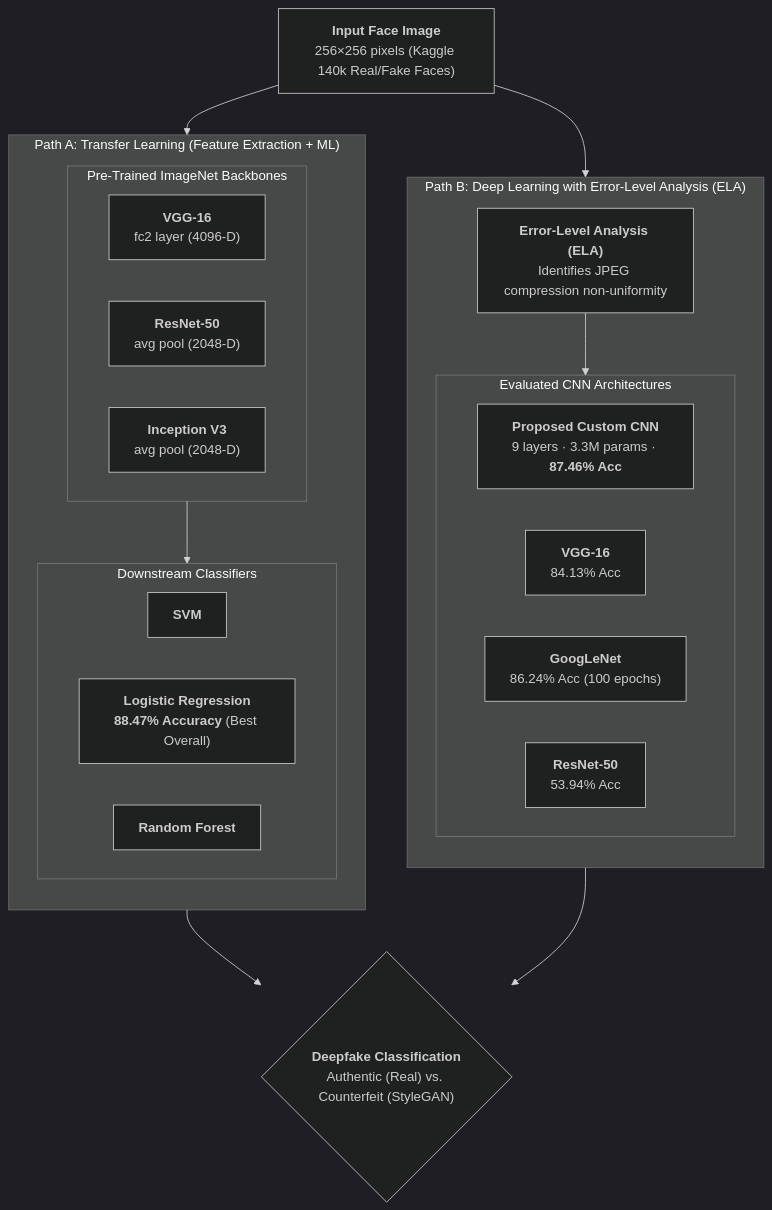
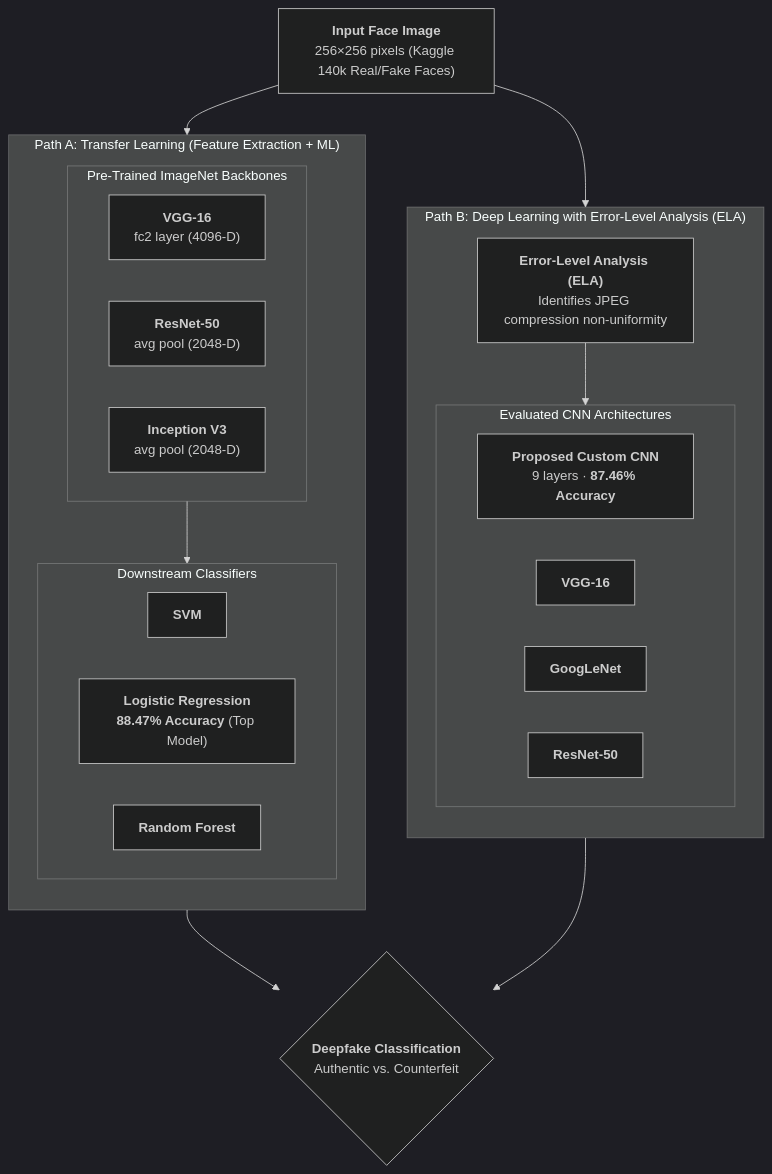
The diagram in content/projects/deepfake-detection-cnn.md (pranp-official/pranp_dev_site), drawn with Mermaid (dark theme) before and after one commit. The commit also changed other lines of this file, not shown here.

Commit message:
docs(deepfake): streamline writeup to concise high-level overview and key findings

````diff
--- a/content/projects/deepfake-detection-cnn.md
+++ b/content/projects/deepfake-detection-cnn.md
@@ -34,44 +32,44 @@
 ```mermaid
 flowchart TD
   Input["<b>Input Face Image</b><br/>256×256 pixels (Kaggle 140k Real/Fake Faces)"]
 
   Input --> Path1
   Input --> Path2
 
   subgraph Path1["Path A: Transfer Learning (Feature Extraction + ML)"]
     direction TB
     subgraph Extractors["Pre-Trained ImageNet Backbones"]
       direction LR
       VGG_FE["<b>VGG-16</b><br/>fc2 layer (4096-D)"]
       Res_FE["<b>ResNet-50</b><br/>avg pool (2048-D)"]
       Inc_FE["<b>Inception V3</b><br/>avg pool (2048-D)"]
     end
 
     subgraph Classifiers["Downstream Classifiers"]
       direction LR
       SVM["<b>SVM</b>"]
-      LR["<b>Logistic Regression</b><br/><b>88.47% Accuracy</b> (Best Overall)"]
+      LR["<b>Logistic Regression</b><br/><b>88.47% Accuracy</b> (Top Model)"]
       RF["<b>Random Forest</b>"]
     end
 
     Extractors --> Classifiers
   end
 
   subgraph Path2["Path B: Deep Learning with Error-Level Analysis (ELA)"]
     direction TB
     ELA["<b>Error-Level Analysis (ELA)</b><br/>Identifies JPEG compression non-uniformity"]
     
     subgraph DLSuite["Evaluated CNN Architectures"]
       direction LR
-      PropCNN["<b>Proposed Custom CNN</b><br/>9 layers · 3.3M params · <b>87.46% Acc</b>"]
-      VGG_DL["<b>VGG-16</b><br/>84.13% Acc"]
-      GoogLeNet["<b>GoogLeNet</b><br/>86.24% Acc (100 epochs)"]
-      Res_DL["<b>ResNet-50</b><br/>53.94% Acc"]
+      PropCNN["<b>Proposed Custom CNN</b><br/>9 layers · <b>87.46% Accuracy</b>"]
+      VGG_DL["<b>VGG-16</b>"]
+      GoogLeNet["<b>GoogLeNet</b>"]
+      Res_DL["<b>ResNet-50</b>"]
     end
 
     ELA --> DLSuite
   end
 
-  Path1 --> Decision{"<b>Deepfake Classification</b><br/>Authentic (Real) vs. Counterfeit (StyleGAN)"}
+  Path1 --> Decision{"<b>Deepfake Classification</b><br/>Authentic vs. Counterfeit"}
   Path2 --> Decision
 ```
````
